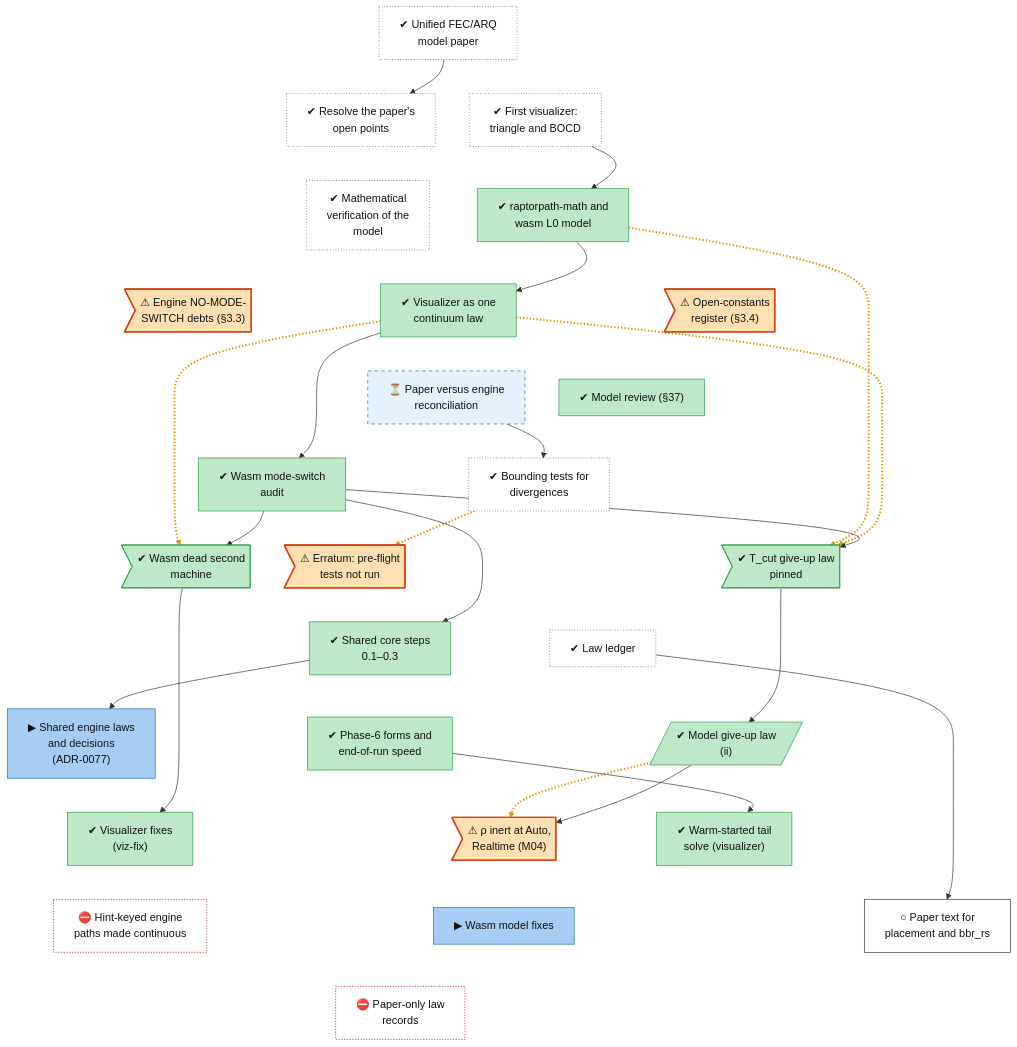
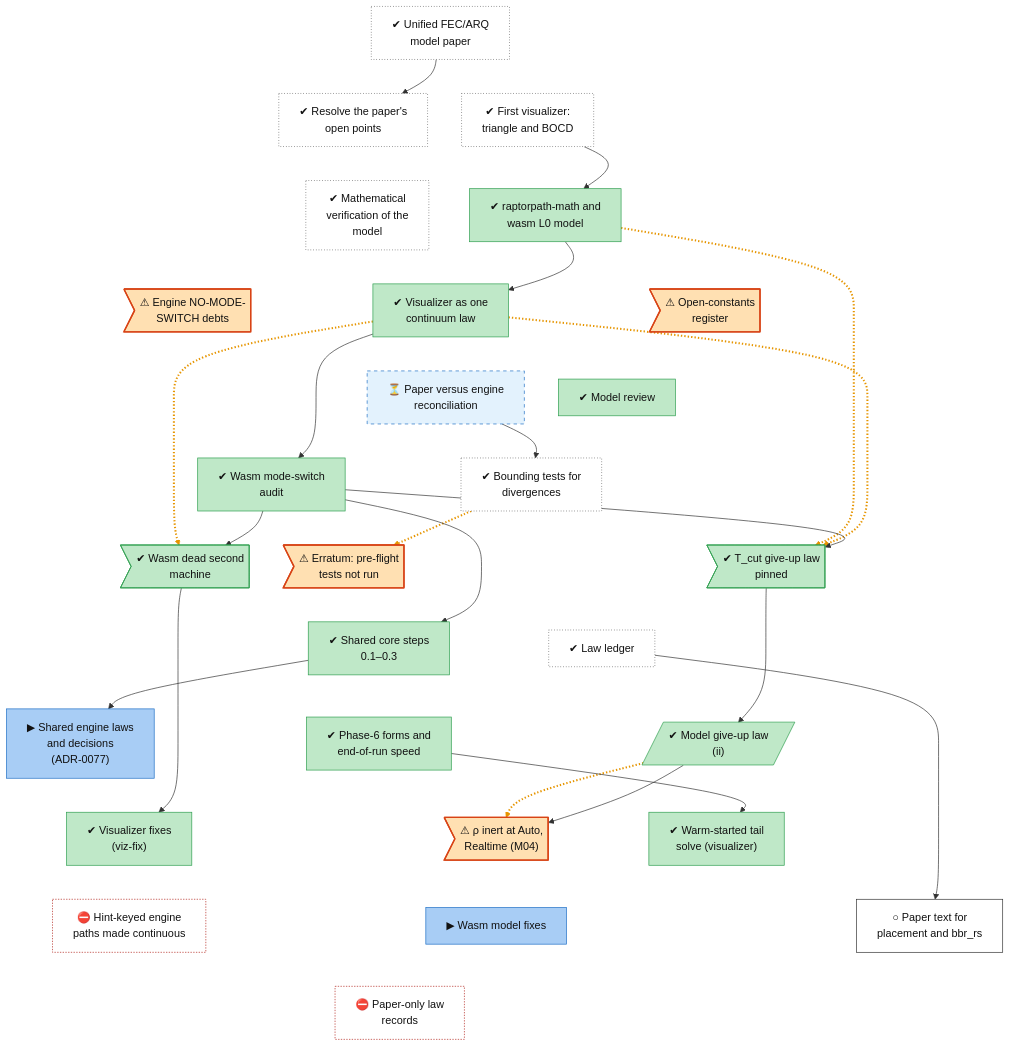
The diagram in docs/roadmap/tracks/model.md (lhns/raptorpath), drawn with Mermaid before and after one commit. The commit also changed other lines of this file and 12 other files, not shown here.

First line of the commit message:
roadmap: plain titles - no section numbers or internal codenames (block E, F2, s62, 61a) in titles or plain sentences

```diff
--- a/docs/roadmap/tracks/model.md
+++ b/docs/roadmap/tracks/model.md
@@ -15,9 +15,9 @@
     model_wasm_l0["✔ raptorpath-math and<br/>wasm L0 model"]
     model_math_verification["✔ Mathematical<br/>verification of the<br/>model"]
     model_vis_continuum["✔ Visualizer as one<br/>continuum law"]
-    model_mode_switch_debts>"⚠ Engine NO-MODE-<br/>SWITCH debts (#167;3.3)"]
-    model_open_constants>"⚠ Open-constants<br/>register (#167;3.4)"]
-    model_review_37["✔ Model review (#167;37)"]
+    model_mode_switch_debts>"⚠ Engine NO-MODE-<br/>SWITCH debts"]
+    model_open_constants>"⚠ Open-constants<br/>register"]
+    model_review_37["✔ Model review"]
     model_paper_recon["⏳ Paper versus engine<br/>reconciliation"]
     model_bound_tests["✔ Bounding tests for<br/>divergences"]
     model_wasm_audit["✔ Wasm mode-switch<br/>audit"]
```
